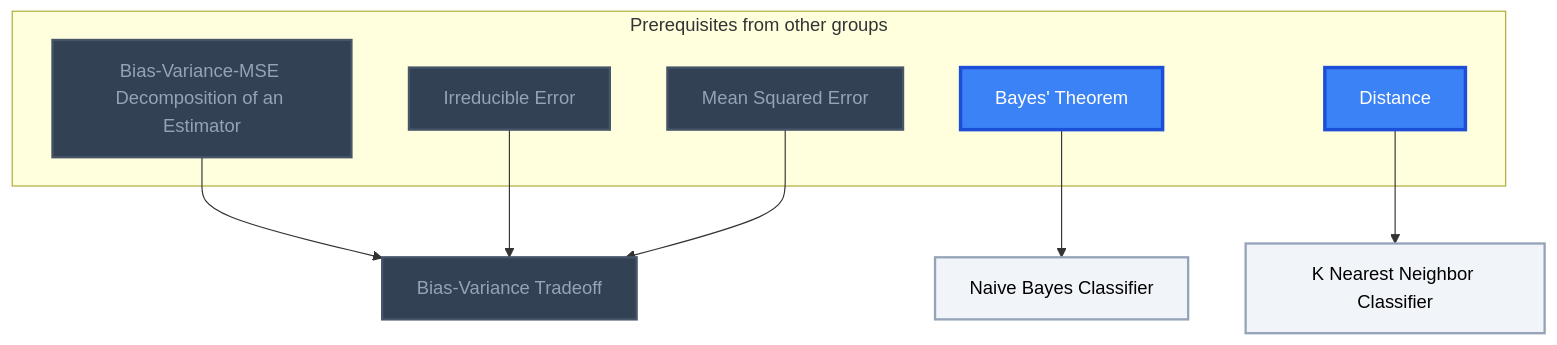
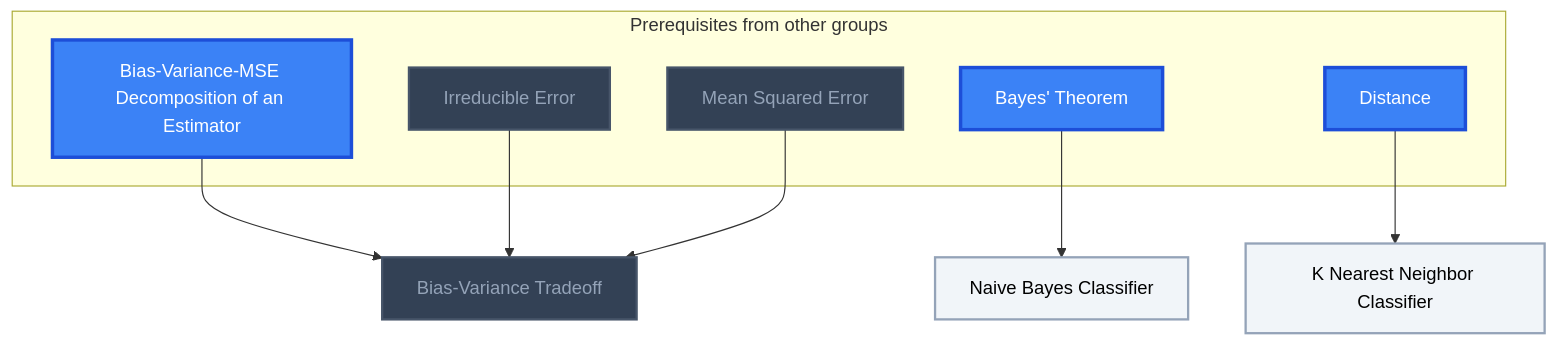
One commit to MRauf1/My-Notes changed the second of 4 diagrams in Gamification/Skill Trees/Statistical Learning.md. Above: the diagram before and after it, drawn with Mermaid. The commit also changed other lines of this file and 73 other files, not shown here.

````diff
--- a/Gamification/Skill Trees/Statistical Learning.md
+++ b/Gamification/Skill Trees/Statistical Learning.md
@@ -78,31 +78,31 @@
 ```mermaid
 flowchart TD
     classDef planned fill:#1E293B,stroke:#64748B,stroke-width:2px,stroke-dasharray:5 5,color:#94A3B8;
     classDef locked fill:#334155,stroke:#475569,stroke-width:2px,color:#94A3B8;
     classDef L0 fill:#F1F5F9,stroke:#94A3B8,stroke-width:2px,color:#000000;
     classDef L1 fill:#22C55E,stroke:#15803D,stroke-width:2px,color:#000000;
     classDef L2 fill:#3B82F6,stroke:#1D4ED8,stroke-width:3px,color:#FFFFFF;
     classDef L3 fill:#A855F7,stroke:#6B21A8,stroke-width:3px,color:#FFFFFF,font-weight:bold;
     classDef L4 fill:#F97316,stroke:#C2410C,stroke-width:4px,color:#000000,font-weight:bold;
     classDef L5 fill:#FFD700,stroke:#FF8C00,stroke-width:5px,color:#000000,font-weight:bold;
     classDef rusty stroke:#8B4513,stroke-width:4px,stroke-dasharray:3 3;
     subgraph sg_prereqs["Prerequisites from other groups"]
         n_bias_variance_mse_decomposition_of_an_estimator["Bias-Variance-MSE Decomposition of an Estimator"]
         n_irreducible_error["Irreducible Error"]
         n_mean_squared_error["Mean Squared Error"]
         n_bayes_theorem["Bayes' Theorem"]
         n_distance["Distance"]
     end
     n_bias_variance_tradeoff["Bias-Variance Tradeoff"]
     n_naive_bayes_classifier["Naive Bayes Classifier"]
     n_k_nearest_neighbor_classifier["K Nearest Neighbor Classifier"]
     n_bias_variance_mse_decomposition_of_an_estimator --> n_bias_variance_tradeoff
     n_irreducible_error --> n_bias_variance_tradeoff
     n_mean_squared_error --> n_bias_variance_tradeoff
     n_bayes_theorem --> n_naive_bayes_classifier
     n_distance --> n_k_nearest_neighbor_classifier
-    class n_bias_variance_mse_decomposition_of_an_estimator,n_irreducible_error,n_mean_squared_error,n_bias_variance_tradeoff locked;
+    class n_irreducible_error,n_mean_squared_error,n_bias_variance_tradeoff locked;
     class n_naive_bayes_classifier,n_k_nearest_neighbor_classifier L0;
-    class n_bayes_theorem,n_distance L2;
+    class n_bias_variance_mse_decomposition_of_an_estimator,n_bayes_theorem,n_distance L2;
     class n_bias_variance_mse_decomposition_of_an_estimator,n_irreducible_error,n_mean_squared_error,n_bayes_theorem,n_distance,n_bias_variance_tradeoff,n_naive_bayes_classifier,n_k_nearest_neighbor_classifier internal-link;
 ```
````
